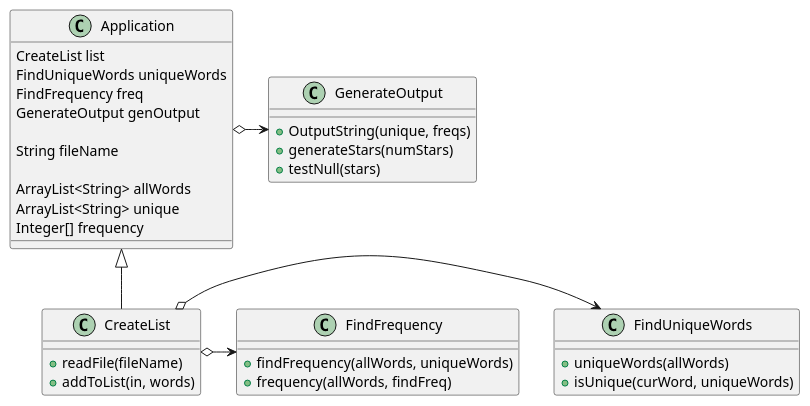
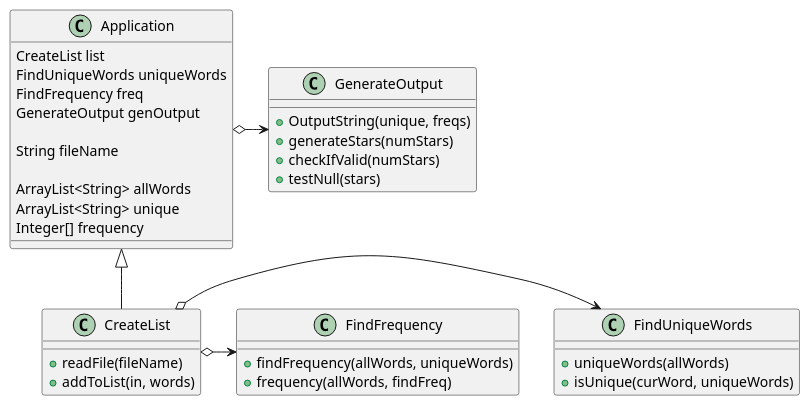
Before and after one commit to savosburn/osburn-cop3330-assignment3: the diagram in src/main/java/oop/assignment3/ex46/assignment3_ex46_diagram.puml, drawn with PlantUML.

Commit message:
updated uml

```diff
--- a/src/main/java/oop/assignment3/ex46/assignment3_ex46_diagram.puml
+++ b/src/main/java/oop/assignment3/ex46/assignment3_ex46_diagram.puml
@@ -1,44 +1,45 @@
 @startuml
 
 class Application {
     CreateList list
     FindUniqueWords uniqueWords
     FindFrequency freq
     GenerateOutput genOutput
 
     String fileName
 
     ArrayList<String> allWords
     ArrayList<String> unique
     Integer[] frequency
 
 }
 
 class CreateList{
     + readFile(fileName)
     + addToList(in, words)
 }
 
 class FindUniqueWords {
     + uniqueWords(allWords)
     + isUnique(curWord, uniqueWords)
 }
 
 class FindFrequency {
     + findFrequency(allWords, uniqueWords)
     + frequency(allWords, findFreq)
 }
 
 
 class GenerateOutput {
     + OutputString(unique, freqs)
     + generateStars(numStars)
+    + checkIfValid(numStars)
     + testNull(stars)
 }
 
 Application <|-- CreateList
 CreateList o-> FindUniqueWords
 CreateList o-> FindFrequency
 Application o-> GenerateOutput
 
 @enduml
```
